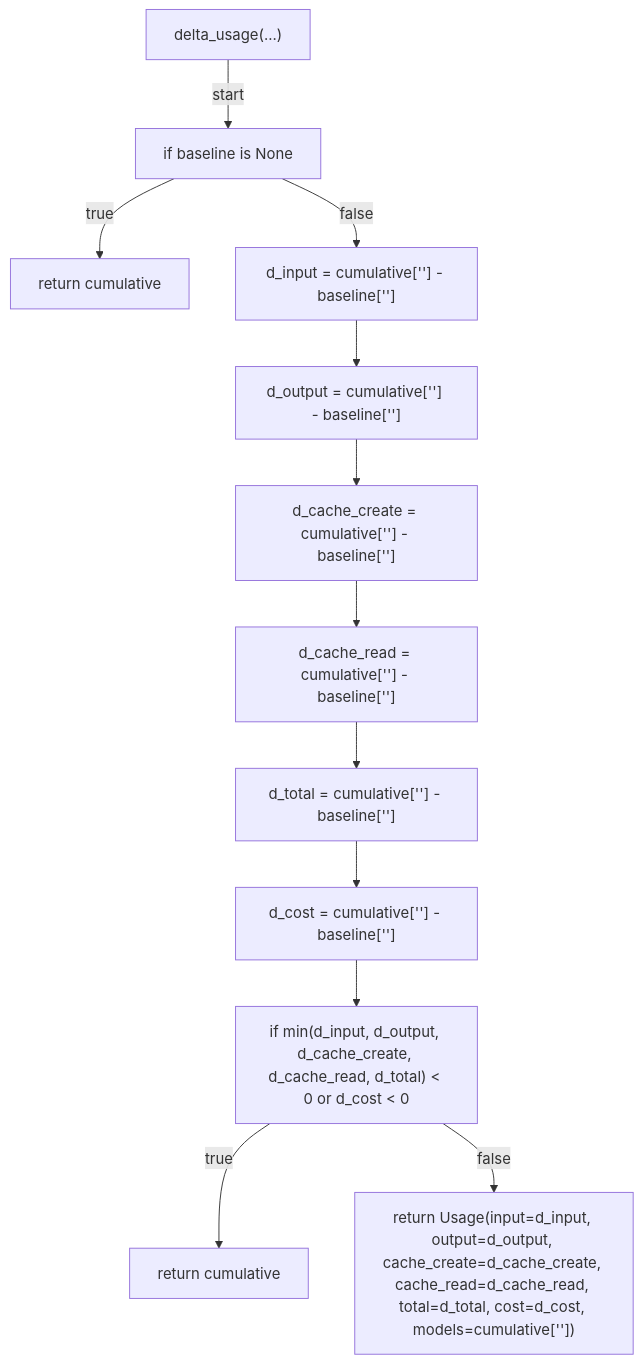
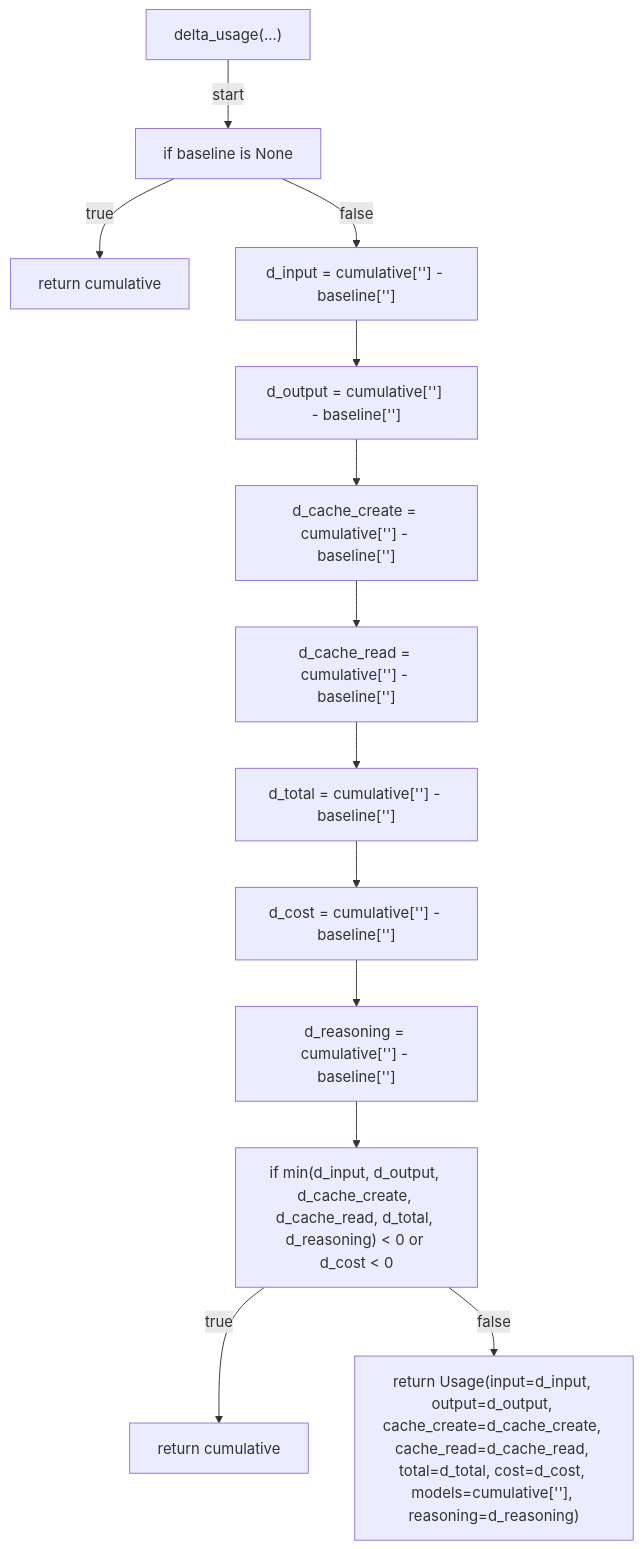
The fifth of 19 diagrams in docs/generated/scripts/ast/session_resource_report.md (tvna/claude-md), drawn with Mermaid before and after one commit. The commit also changed other lines of this file, not shown here.

First line of the commit message:
docs(generated): regenerate decision tree and workflow diagrams

````diff
--- a/docs/generated/scripts/ast/session_resource_report.md
+++ b/docs/generated/scripts/ast/session_resource_report.md
@@ -129,26 +131,28 @@
 ```mermaid
 flowchart TD
     N001["delta_usage(...)"]
     N002["if baseline is None"]
     N003["return cumulative"]
     N004["d_input = cumulative['<str>'] - baseline['<str>']"]
     N005["d_output = cumulative['<str>'] - baseline['<str>']"]
     N006["d_cache_create = cumulative['<str>'] - baseline['<str>']"]
     N007["d_cache_read = cumulative['<str>'] - baseline['<str>']"]
     N008["d_total = cumulative['<str>'] - baseline['<str>']"]
     N009["d_cost = cumulative['<str>'] - baseline['<str>']"]
-    N010["if min(d_input, d_output, d_cache_create, d_cache_read, d_total) < 0 or d_cost < 0"]
-    N011["return cumulative"]
-    N012["return Usage(input=d_input, output=d_output, cache_create=d_cache_create, cache_read=d_cache_read, total=d_total, cost=d_cost, models=cumulative['<str>'])"]
+    N010["d_reasoning = cumulative['<str>'] - baseline['<str>']"]
+    N011["if min(d_input, d_output, d_cache_create, d_cache_read, d_total, d_reasoning) < 0 or d_cost < 0"]
+    N012["return cumulative"]
+    N013["return Usage(input=d_input, output=d_output, cache_create=d_cache_create, cache_read=d_cache_read, total=d_total, cost=d_cost, models=cumulative['<str>'], reasoning=d_reasoning)"]
     N001 -->|"start"| N002
     N002 -->|"true"| N003
     N002 -->|"false"| N004
     N004 --> N005
     N005 --> N006
     N006 --> N007
     N007 --> N008
     N008 --> N009
     N009 --> N010
-    N010 -->|"true"| N011
-    N010 -->|"false"| N012
+    N010 --> N011
+    N011 -->|"true"| N012
+    N011 -->|"false"| N013
 ```
````
